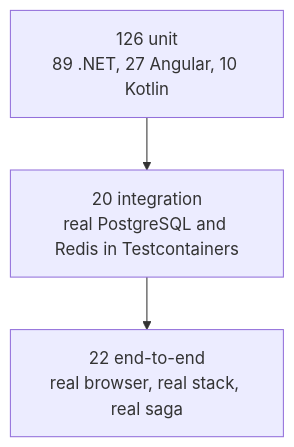
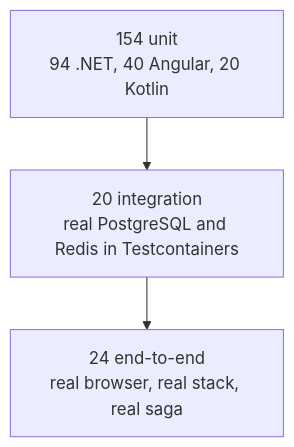
One commit to ahmedselimmansor-ctrl/full-stack-Angular-Asp.Net-commerce changed diagram 18 of 19 in README.md. Above: the diagram before and after it, drawn with Mermaid. The commit also changed other lines of this file and 90 other files, not shown here.

````diff
--- a/README.md
+++ b/README.md
@@ -656,8 +700,8 @@
 ```mermaid
 flowchart TB
-    e2e["22 end-to-end<br/>real browser, real stack, real saga"]
+    e2e["24 end-to-end<br/>real browser, real stack, real saga"]
     int["20 integration<br/>real PostgreSQL and Redis in Testcontainers"]
-    unit["126 unit<br/>89 .NET, 27 Angular, 10 Kotlin"]
+    unit["154 unit<br/>94 .NET, 40 Angular, 20 Kotlin"]
 
     unit --> int --> e2e
 ```
````
